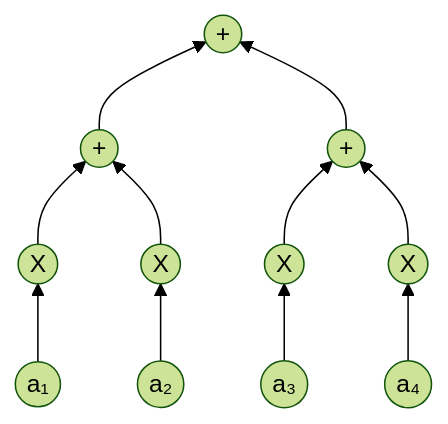
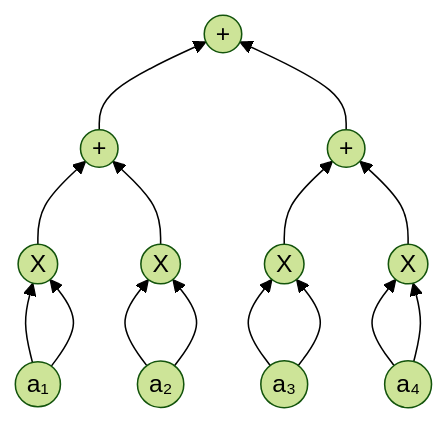
Before and after one commit to linyu-senior/zk: the first of 2 diagrams in 第四章/60.md, drawn with Mermaid (forest theme). The commit also changed other lines of this file and 2 other files, not shown here.

````diff
--- a/第四章/60.md
+++ b/第四章/60.md
@@ -1,29 +1,32 @@
 ```mermaid
 graph BT
     %% 根节点
     Root((+))
 
     %% 第一层子节点
     L((+)) --> Root
     R((+)) --> Root
 
     %% 第二层左子树
     LL((X)) --> L
     LR((X)) --> L
 
     %% 第二层右子树
     RL((X)) --> R
     RR((X)) --> R
 
     %% 第三层左左子树
     X1((a₁)) --> LL
+    X1((a₁)) --> LL
 
     %% 第三层左子树
+    X21((a₂)) --> LR
     X21((a₂)) --> LR
 
     %% 第三层右子树
     X11((a₃)) --> RL
-
+    X11((a₃)) --> RL
     %% 第三层右右子树
     X4((a₄)) --> RR
+    X4((a₄)) --> RR
 ```
````
